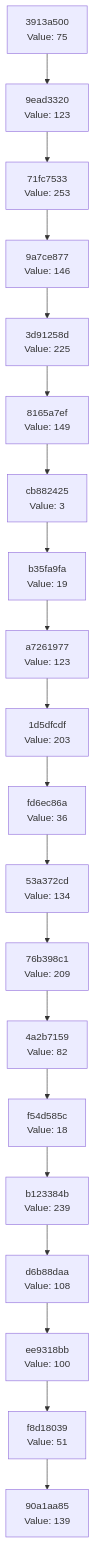
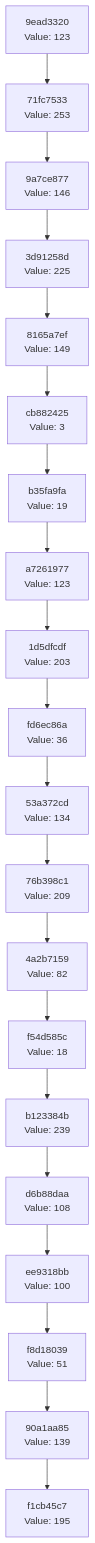
The diagram in docs/CHAIN_VISUALIZATION.md (Abhisheksinha1506/hash-chain-evolver), drawn with Mermaid before and after one commit. The commit also changed 2 other files, not shown here.

Commit message:
Evolution Step

````diff
--- a/docs/CHAIN_VISUALIZATION.md
+++ b/docs/CHAIN_VISUALIZATION.md
@@ -3,42 +3,42 @@
 ```mermaid
 graph TD
-    C0["90a1aa85<br/>Value: 139"]
-    C1["f8d18039<br/>Value: 51"]
+    C0["f1cb45c7<br/>Value: 195"]
+    C1["90a1aa85<br/>Value: 139"]
     C1 --> C0
-    C2["ee9318bb<br/>Value: 100"]
+    C2["f8d18039<br/>Value: 51"]
     C2 --> C1
-    C3["d6b88daa<br/>Value: 108"]
+    C3["ee9318bb<br/>Value: 100"]
     C3 --> C2
-    C4["b123384b<br/>Value: 239"]
+    C4["d6b88daa<br/>Value: 108"]
     C4 --> C3
-    C5["f54d585c<br/>Value: 18"]
+    C5["b123384b<br/>Value: 239"]
     C5 --> C4
-    C6["4a2b7159<br/>Value: 82"]
+    C6["f54d585c<br/>Value: 18"]
     C6 --> C5
-    C7["76b398c1<br/>Value: 209"]
+    C7["4a2b7159<br/>Value: 82"]
     C7 --> C6
-    C8["53a372cd<br/>Value: 134"]
+    C8["76b398c1<br/>Value: 209"]
     C8 --> C7
-    C9["fd6ec86a<br/>Value: 36"]
+    C9["53a372cd<br/>Value: 134"]
     C9 --> C8
-    C10["1d5dfcdf<br/>Value: 203"]
+    C10["fd6ec86a<br/>Value: 36"]
     C10 --> C9
-    C11["a7261977<br/>Value: 123"]
+    C11["1d5dfcdf<br/>Value: 203"]
     C11 --> C10
-    C12["b35fa9fa<br/>Value: 19"]
+    C12["a7261977<br/>Value: 123"]
     C12 --> C11
-    C13["cb882425<br/>Value: 3"]
+    C13["b35fa9fa<br/>Value: 19"]
     C13 --> C12
-    C14["8165a7ef<br/>Value: 149"]
+    C14["cb882425<br/>Value: 3"]
     C14 --> C13
-    C15["3d91258d<br/>Value: 225"]
+    C15["8165a7ef<br/>Value: 149"]
     C15 --> C14
-    C16["9a7ce877<br/>Value: 146"]
+    C16["3d91258d<br/>Value: 225"]
     C16 --> C15
-    C17["71fc7533<br/>Value: 253"]
+    C17["9a7ce877<br/>Value: 146"]
     C17 --> C16
-    C18["9ead3320<br/>Value: 123"]
+    C18["71fc7533<br/>Value: 253"]
     C18 --> C17
-    C19["3913a500<br/>Value: 75"]
+    C19["9ead3320<br/>Value: 123"]
     C19 --> C18
 ```
````
